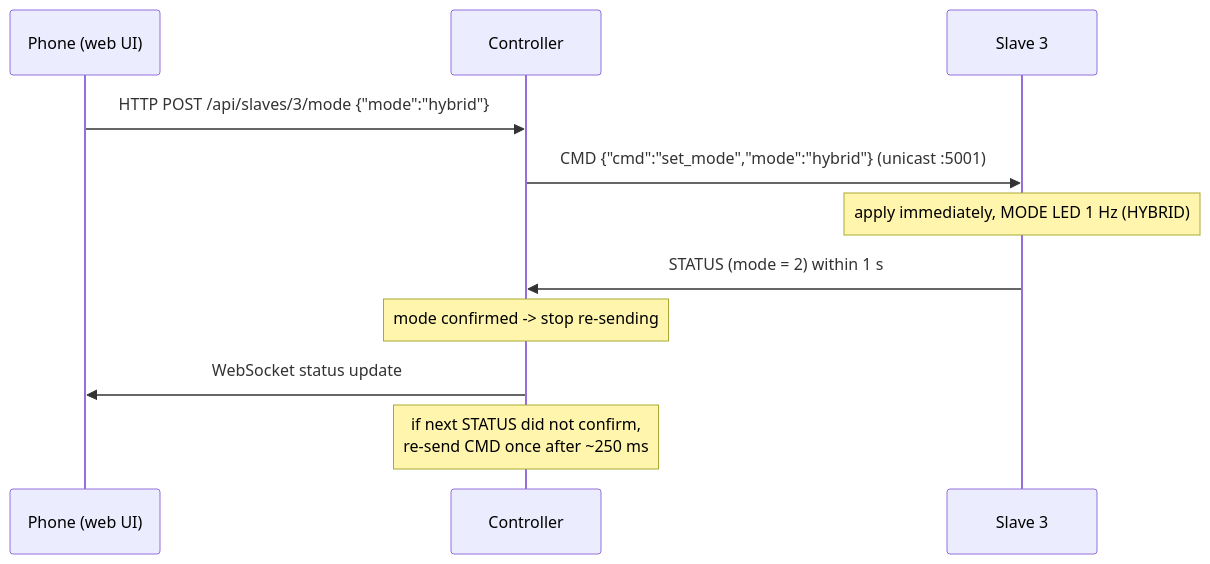
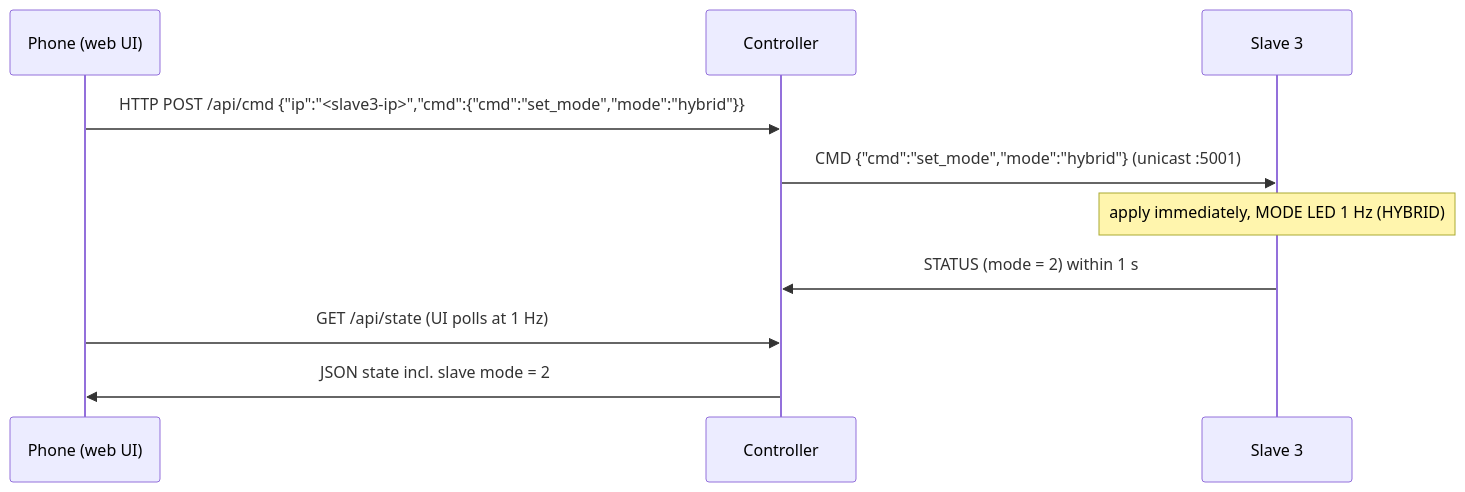
Before and after one commit to finnff/hyper-osci: the third of 3 diagrams in docs/protocol.md, drawn with Mermaid. The commit also changed other lines of this file and 9 other files, not shown here.

````diff
--- a/docs/protocol.md
+++ b/docs/protocol.md
@@ -419,14 +420,13 @@
 ```mermaid
 sequenceDiagram
     participant P as Phone (web UI)
     participant C as Controller
     participant S as Slave 3
 
-    P->>C: HTTP POST /api/slaves/3/mode {"mode":"hybrid"}
+    P->>C: HTTP POST /api/cmd {"ip":"<slave3-ip>","cmd":{"cmd":"set_mode","mode":"hybrid"}}
     C->>S: CMD {"cmd":"set_mode","mode":"hybrid"} (unicast :5001)
     Note over S: apply immediately, MODE LED 1 Hz (HYBRID)
     S->>C: STATUS (mode = 2) within 1 s
-    Note over C: mode confirmed -> stop re-sending
-    C->>P: WebSocket status update
-    Note over C: if next STATUS did not confirm,<br/>re-send CMD once after ~250 ms
+    P->>C: GET /api/state (UI polls at 1 Hz)
+    C->>P: JSON state incl. slave mode = 2
 ```
````
